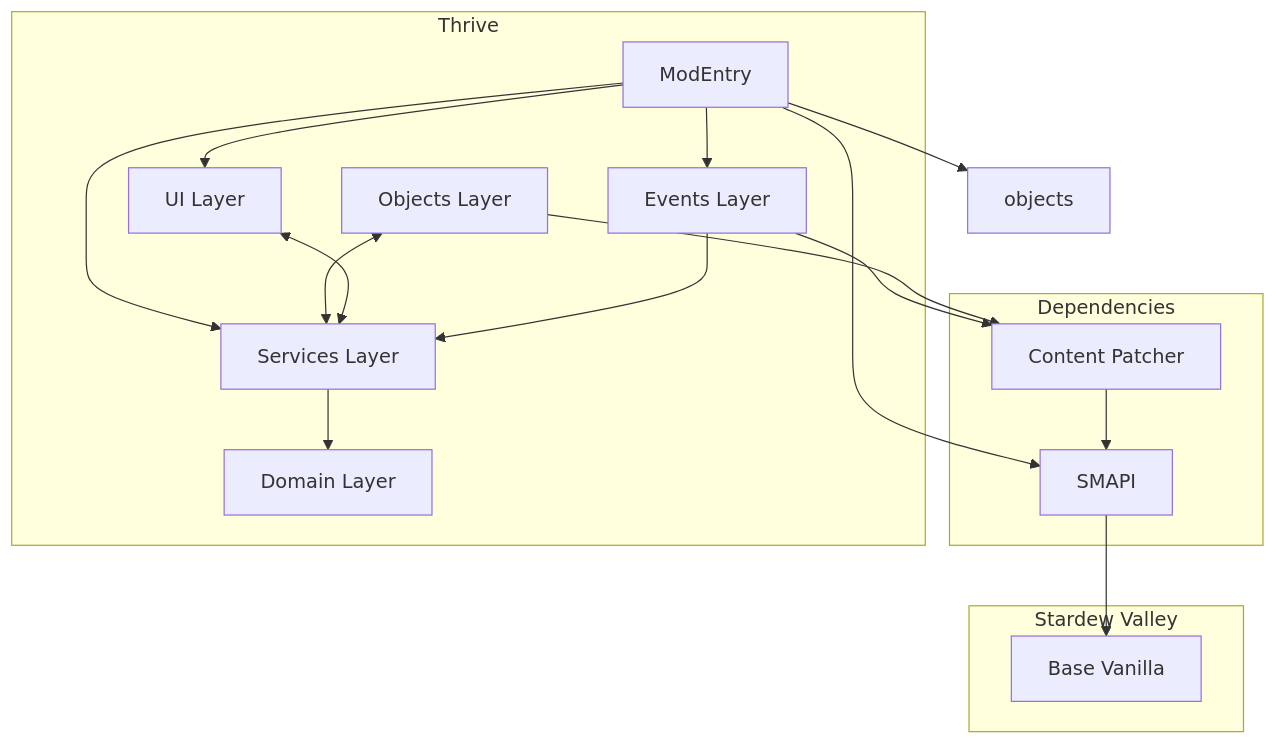
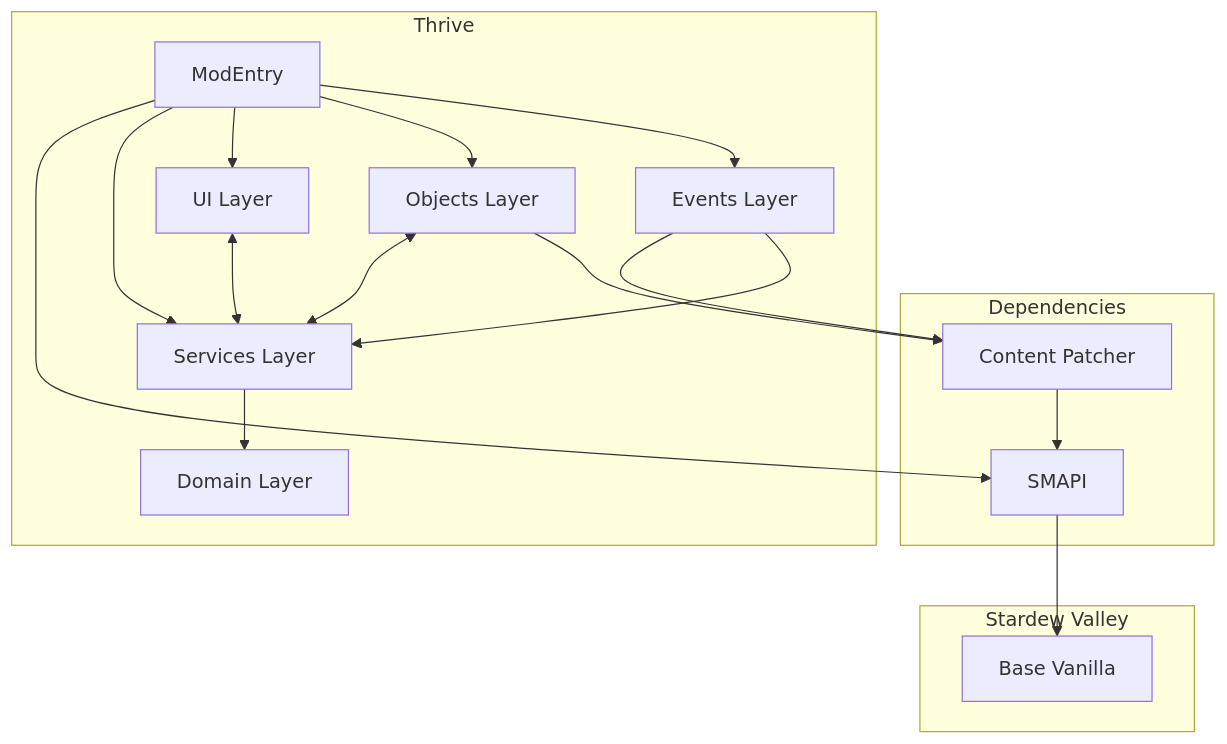
One commit to GXatBuffalo/Thrive-Stardew-Mod changed the diagram in docs/Design.md. Above: the diagram before and after it, drawn with Mermaid. The commit also changed other lines of this file, not shown here.

Commit message:
Explained each layer of the architecure, expanded Designs, Decisions, and Trade-offs section, added and reordered references, small edits, roadmap update.

````diff
--- a/docs/Design.md
+++ b/docs/Design.md
@@ -180,39 +190,39 @@
 ```mermaid
 graph TD
     subgraph Stardew Valley
         BV[Base Vanilla]
     end
 
     subgraph Dependencies
         SMAPI
         CP[Content Patcher]
     end
 
     subgraph Thrive
         ME[ModEntry]
         UI[UI Layer]
         Objects[Objects Layer]
         Services[Services Layer]
         Events[Events Layer]
         Domain[Domain Layer]
     end
 
     SMAPI --> BV
 
     CP --> SMAPI
     ME --> SMAPI
 
     Events --> CP
 
     ME --> Services
     ME --> UI
-    ME --> objects
+    ME --> Objects
     ME --> Events
 
     Services --> Domain
     Objects <--> Services
     UI <--> Services
     Events --> Services
     Objects --> CP
 
 ```
````
